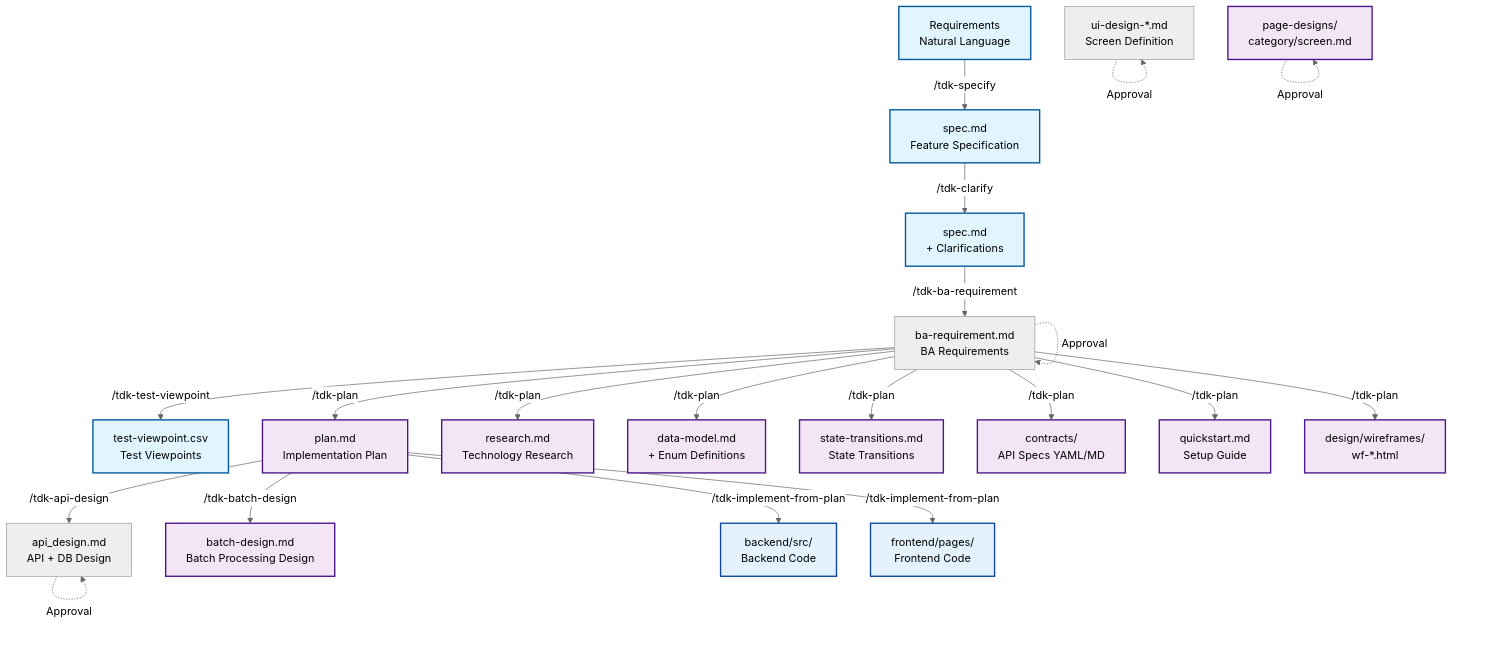
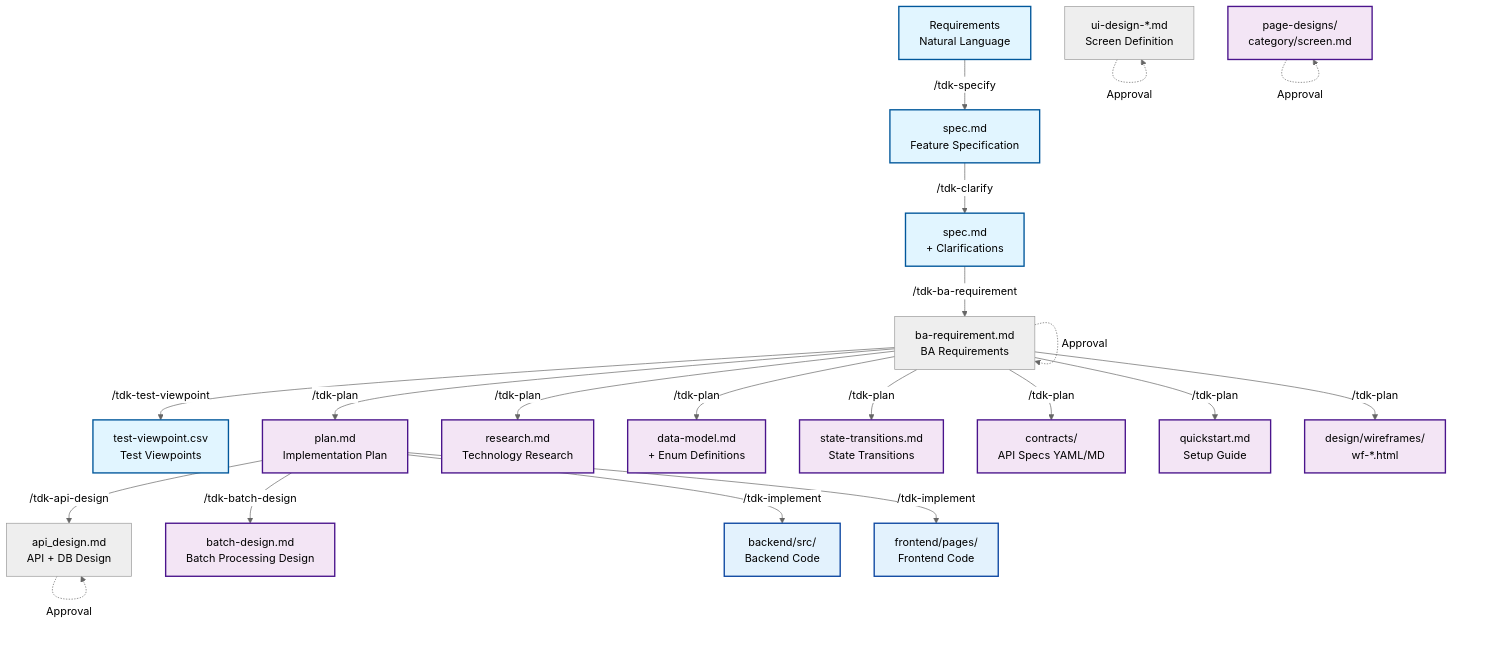
The first of 8 diagrams in .specify/docs/guides/document-flow.md (vinhltt/tdk), drawn with Mermaid (neutral theme) before and after one commit. The commit also changed other lines of this file and 43 other files, not shown here.

````diff
--- a/.specify/docs/guides/document-flow.md
+++ b/.specify/docs/guides/document-flow.md
@@ -10,51 +10,51 @@
 ```mermaid
 flowchart TD
     %% Phase 0: Specification
     REQ[Requirements<br/>Natural Language]
 
     %% Phase 0: Feature Specification
     REQ -->|/tdk-specify| SPEC[spec.md<br/>Feature Specification]
     SPEC -->|/tdk-clarify| SPEC_CLARIFIED[spec.md<br/>+ Clarifications]
     SPEC_CLARIFIED -->|/tdk-ba-requirement| BA_REQ[ba-requirement.md<br/>BA Requirements]
     BA_REQ -.->|Approval| BA_REQ
     BA_REQ -->|/tdk-test-viewpoint| TEST_VP[test-viewpoint.csv<br/>Test Viewpoints]
 
     %% Phase 1: Architecture & Design
     BA_REQ -->|/tdk-plan| PLAN[plan.md<br/>Implementation Plan]
     BA_REQ -->|/tdk-plan| RESEARCH[research.md<br/>Technology Research]
     BA_REQ -->|/tdk-plan| DATAMODEL[data-model.md<br/>+ Enum Definitions]
     BA_REQ -->|/tdk-plan| STATETRANS[state-transitions.md<br/>State Transitions]
     BA_REQ -->|/tdk-plan| CONTRACTS[contracts/<br/>API Specs YAML/MD]
     BA_REQ -->|/tdk-plan| QUICKSTART[quickstart.md<br/>Setup Guide]
     BA_REQ -->|/tdk-plan| WIREFRAMES[design/wireframes/<br/>wf-*.html]
 
     %% Phase 1: Detailed Design & Approval
     PLAN -->|/tdk-api-design| API_DESIGN[api_design.md<br/>API + DB Design]
     PLAN -->|/tdk-batch-design| BATCH_DESIGN[batch-design.md<br/>Batch Processing Design]
     PAGEDESIGNS[page-designs/<br/>category/screen.md]
     UI_DESIGN[ui-design-*.md<br/>Screen Definition]
     API_DESIGN -.->|Approval| API_DESIGN
     UI_DESIGN -.->|Approval| UI_DESIGN
     PAGEDESIGNS -.->|Approval| PAGEDESIGNS
 
     %% Phase 2: Implementation (Solo Path - Primary)
-    PLAN -->|/tdk-implement-from-plan| CODE_BE[backend/src/<br/>Backend Code]
-    PLAN -->|/tdk-implement-from-plan| CODE_FE[frontend/pages/<br/>Frontend Code]
+    PLAN -->|/tdk-implement| CODE_BE[backend/src/<br/>Backend Code]
+    PLAN -->|/tdk-implement| CODE_FE[frontend/pages/<br/>Frontend Code]
 
     %% Styling
     classDef phase0 fill:#e1f5ff,stroke:#01579b,stroke-width:2px
     classDef phase1 fill:#f3e5f5,stroke:#4a148c,stroke-width:2px
     classDef phase2 fill:#fff3e0,stroke:#e65100,stroke-width:2px
     classDef phase3 fill:#e8f5e9,stroke:#1b5e20,stroke-width:2px
     classDef phase4 fill:#fff9c4,stroke:#f57f17,stroke-width:2px
     classDef phase5 fill:#ffebee,stroke:#b71c1c,stroke-width:2px
     classDef reference fill:#f5f5f5,stroke:#616161,stroke-width:1px,stroke-dasharray: 5 5
     classDef code fill:#e3f2fd,stroke:#0d47a1,stroke-width:2px
     classDef infra fill:#fce4ec,stroke:#880e4f,stroke-width:2px
 
     class REQ,SPEC,SPEC_CLARIFIED phase0
     class PLAN,RESEARCH,DATAMODEL,STATETRANS,CONTRACTS,QUICKSTART,WIREFRAMES,PAGEDESIGNS,BATCH_DESIGN phase1
     class TEST_VP phase0
     class CONSTITUTION,UIUX,REF_DATAMODEL,REF_STATE reference
     class CODE_BE,CODE_FE,TESTS code
 ```
````
